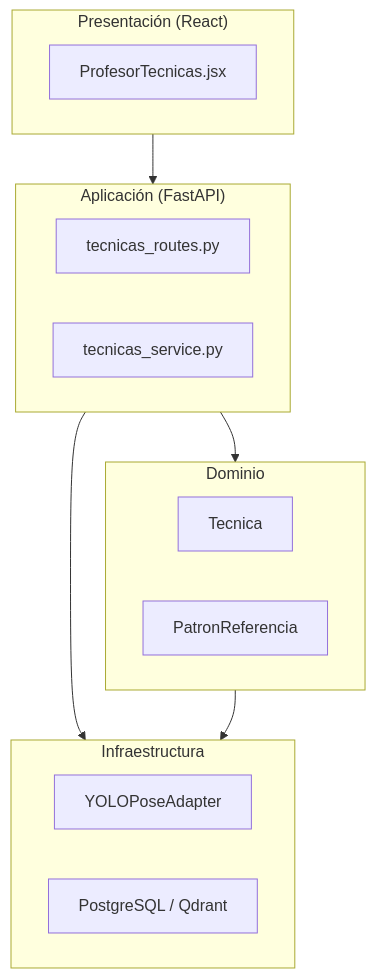
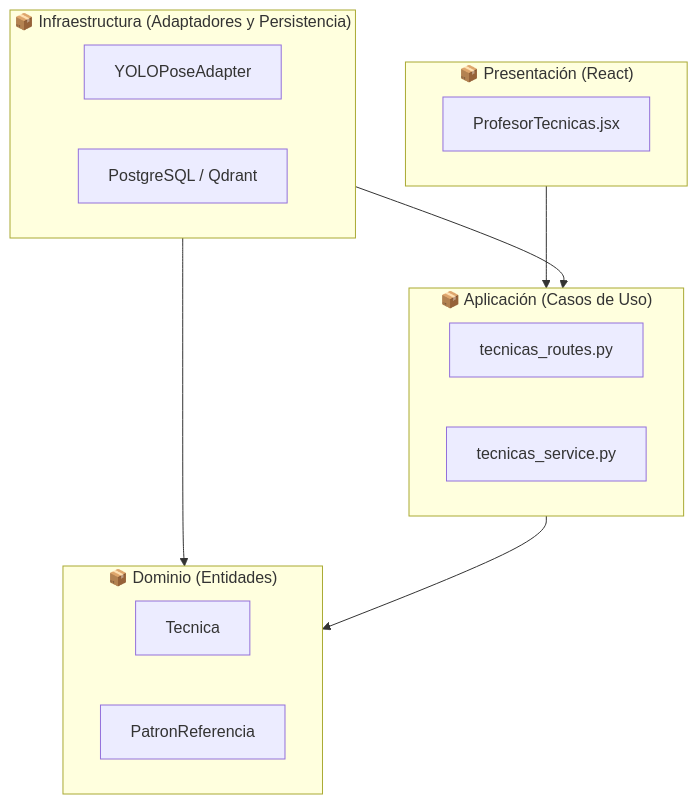
Diagram 13 of 37 in docs/ProyectoGrado.md (Tsmrain/JiuJitsu), drawn with Mermaid before and after one commit. The commit also changed other lines of this file and 17 other files, not shown here.

````diff
--- a/docs/ProyectoGrado.md
+++ b/docs/ProyectoGrado.md
@@ -1844,23 +1784,23 @@
 ```mermaid
 graph TD
-    subgraph Presentacion ["Presentación (React)"]
+    subgraph Presentacion ["📦 Presentación (React)"]
         ProfesorTecnicas["ProfesorTecnicas.jsx"]
     end
-    subgraph Aplicacion ["Aplicación (FastAPI)"]
+    subgraph Aplicacion ["📦 Aplicación (Casos de Uso)"]
         TecnicasRoutes["tecnicas_routes.py"]
         TecnicasService["tecnicas_service.py"]
     end
-    subgraph Dominio ["Dominio"]
+    subgraph Dominio ["📦 Dominio (Entidades)"]
         EntTecnica["Tecnica"]
         EntPatron["PatronReferencia"]
     end
-    subgraph Infraestructura ["Infraestructura"]
+    subgraph Infraestructura ["📦 Infraestructura (Adaptadores y Persistencia)"]
         YOLO["YOLOPoseAdapter"]
         DB_Storage["PostgreSQL / Qdrant"]
     end
 
     Presentacion --> Aplicacion
+    Infraestructura --> Aplicacion
+    Infraestructura --> Dominio
     Aplicacion --> Dominio
-    Aplicacion --> Infraestructura
-    Dominio --> Infraestructura
 ```
````
